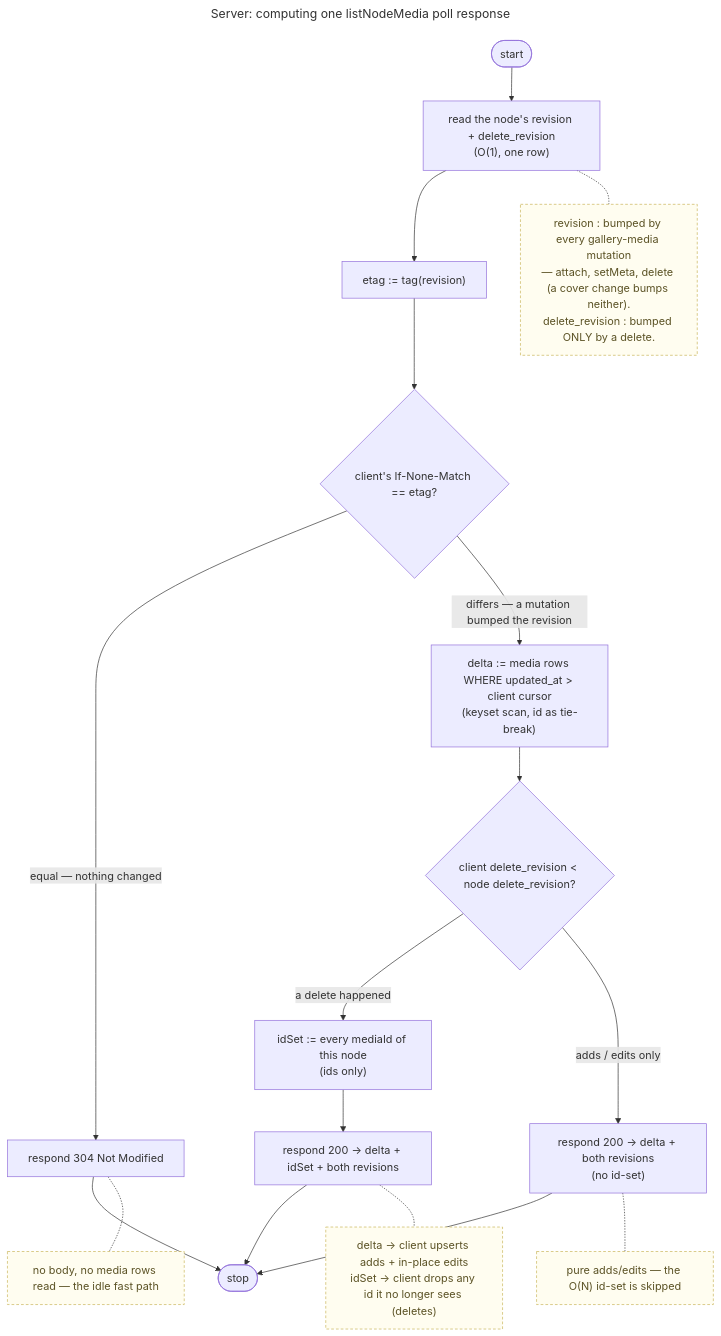
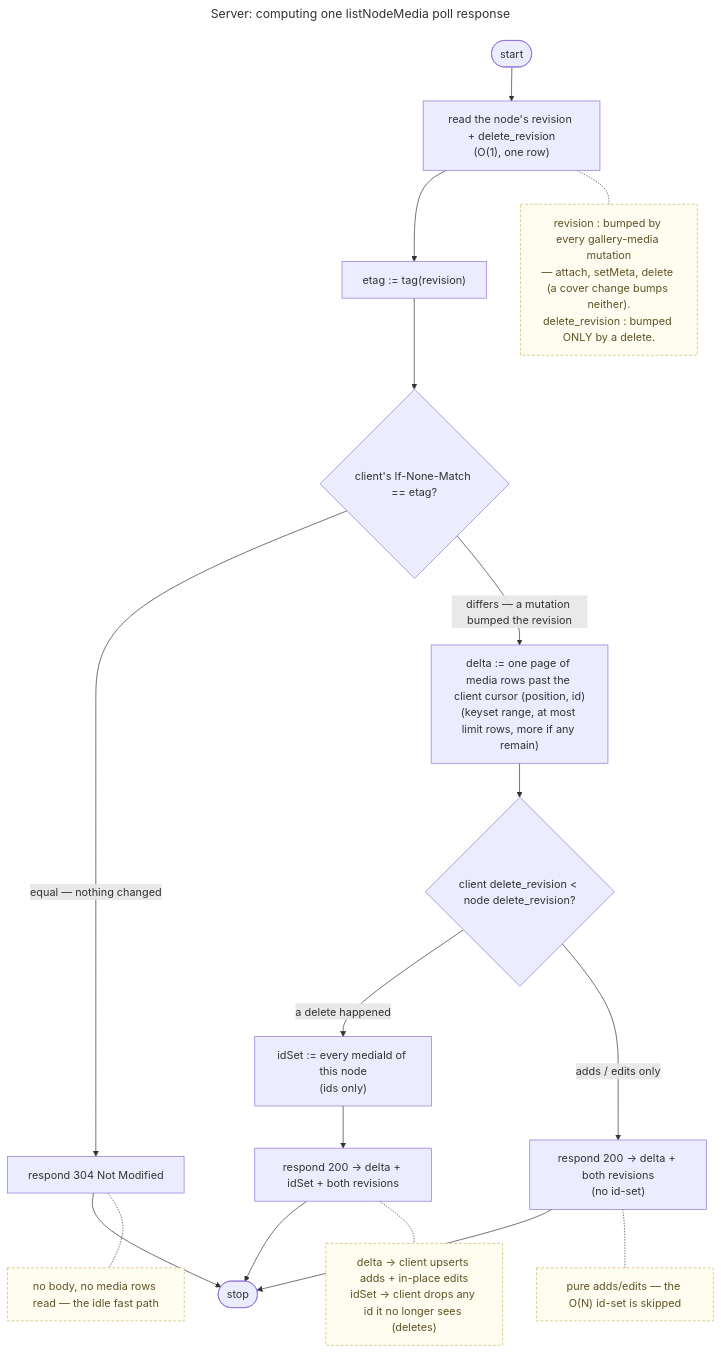
Before and after one commit to raddatzk/veyq: the diagram in docs/decisions/0033-live-media-updates-revision-polling.md, drawn with Mermaid. The commit also changed other lines of this file and 21 other files, not shown here.

First line of the commit message:
feat(backend): the media list in pages, a constant number of queries per page, a commit-ordered keyset

````diff
--- a/docs/decisions/0033-live-media-updates-revision-polling.md
+++ b/docs/decisions/0033-live-media-updates-revision-polling.md
@@ -99,41 +117,41 @@
 ```mermaid
 ---
 title: "Server: computing one listNodeMedia poll response"
 ---
 flowchart TB
   START(["start"])
   READ["read the node's revision + delete_revision<br>(O(1), one row)"]
   ETAG["etag := tag(revision)"]
   Q1{"client's If-None-Match == etag?"}
   R304["respond 304 Not Modified"]
-  DELTA["delta := media rows WHERE updated_at > client cursor<br>(keyset scan, id as tie-break)"]
+  DELTA["delta := one page of media rows past the client cursor (position, id)<br>(keyset range, at most limit rows, more if any remain)"]
   Q2{"client delete_revision < node delete_revision?"}
   IDSET["idSet := every mediaId of this node<br>(ids only)"]
   R200A["respond 200 → delta + idSet + both revisions"]
   R200B["respond 200 → delta + both revisions<br>(no id-set)"]
   STOP(["stop"])
   N1["revision : bumped by every gallery-media mutation<br>— attach, setMeta, delete (a cover change bumps neither).<br>delete_revision : bumped ONLY by a delete."]
   N2["no body, no media rows read — the idle fast path"]
   N3["delta → client upserts adds + in-place edits<br>idSet → client drops any id it no longer sees (deletes)"]
   N4["pure adds/edits — the O(N) id-set is skipped"]
 
   START --> READ
   READ --> ETAG
   ETAG --> Q1
   Q1 -->|"equal — nothing changed"| R304
   Q1 -->|"differs — a mutation bumped the revision"| DELTA
   R304 --> STOP
   DELTA --> Q2
   Q2 -->|"a delete happened"| IDSET
   IDSET --> R200A
   Q2 -->|"adds / edits only"| R200B
   R200A --> STOP
   R200B --> STOP
   READ -.- N1
   R304 -.- N2
   R200A -.- N3
   R200B -.- N4
 
   classDef note fill:#fffdf0,stroke:#c9b458,stroke-dasharray:4 3,color:#5c5326
   class N1,N2,N3,N4 note
 ```
````
